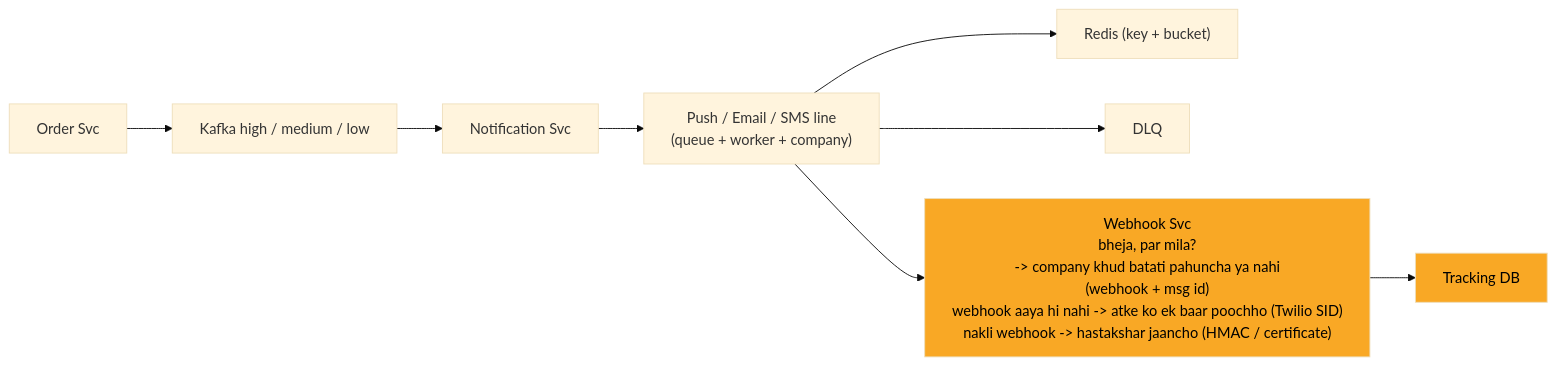
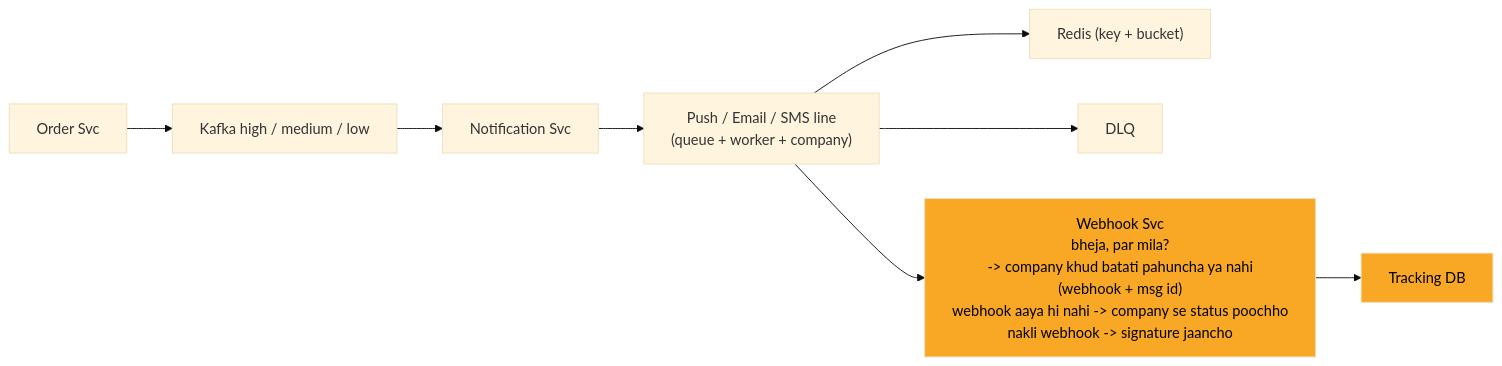
One commit to ArpanMaheshwari144/Prep changed the tenth of 13 diagrams in 04_HLD/SYSTEM_DESIGNS/04_notification_system/04_notification_system.md. Above: the diagram before and after it, drawn with Mermaid (base theme). The commit also changed other lines of this file and 13 other files, not shown here.

````diff
--- a/04_HLD/SYSTEM_DESIGNS/04_notification_system/04_notification_system.md
+++ b/04_HLD/SYSTEM_DESIGNS/04_notification_system/04_notification_system.md
@@ -405,21 +405,21 @@
 ```mermaid
 %%{init: {"flowchart": {"wrappingWidth": 450}}}%%
 flowchart LR
     n_Order_Svc["Order Svc"]
     n_Kafka["Kafka high / medium / low"]
     n_Notification_Svc["Notification Svc"]
     n_LINES["Push / Email / SMS line<br/>(queue + worker + company)"]
     n_Redis["Redis (key + bucket)"]
     n_DLQ["DLQ"]
-    n_Webhook_Svc["Webhook Svc<br/>bheja, par mila?<br/>-> company khud batati pahuncha ya nahi<br/>(webhook + msg id)<br/>webhook aaya hi nahi -> atke ko ek baar poochho (Twilio SID)<br/>nakli webhook -> hastakshar jaancho (HMAC / certificate)"]
+    n_Webhook_Svc["Webhook Svc<br/>bheja, par mila?<br/>-> company khud batati pahuncha ya nahi<br/>(webhook + msg id)<br/>webhook aaya hi nahi -> company se status poochho<br/>nakli webhook -> signature jaancho"]
     n_Tracking_DB["Tracking DB"]
     n_Order_Svc --> n_Kafka
     n_Kafka --> n_Notification_Svc
     n_Notification_Svc --> n_LINES
     n_LINES --> n_Redis
     n_LINES --> n_DLQ
     n_LINES --> n_Webhook_Svc
     n_Webhook_Svc --> n_Tracking_DB
     style n_Webhook_Svc fill:#f9a825,color:#000
     style n_Tracking_DB fill:#f9a825,color:#000
 ```
````
